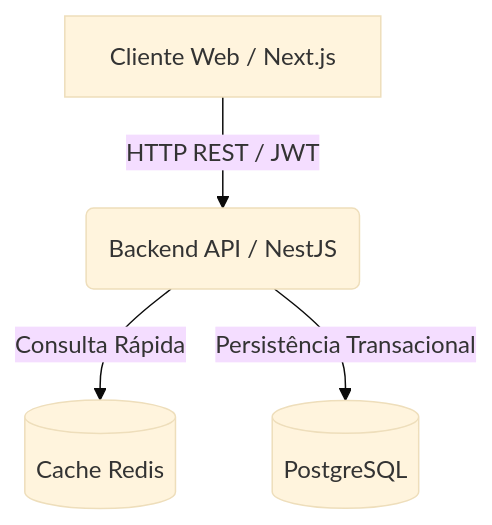
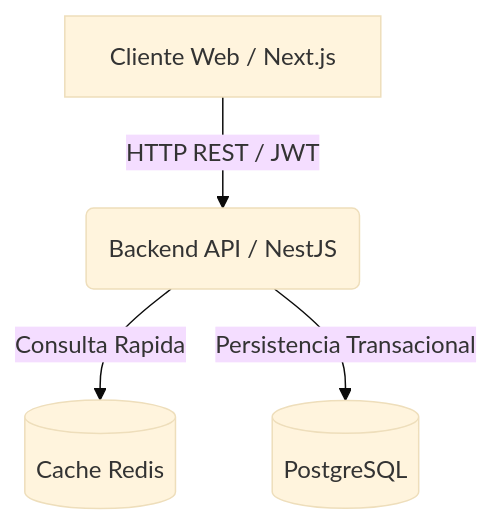
Before and after one commit to gabriellqv/stocksnap: the first of 2 diagrams in README.md, drawn with Mermaid (base theme). The commit also changed other lines of this file and 8 other files, not shown here.

````diff
--- a/README.md
+++ b/README.md
@@ -47,6 +47,6 @@
 ```mermaid
 graph TD
     Client[Cliente Web / Next.js] -->|HTTP REST / JWT| API(Backend API / NestJS)
-    API -->|Consulta Rápida| Redis[(Cache Redis)]
-    API -->|Persistência Transacional| Postgres[(PostgreSQL)]
+    API -->|Consulta Rapida| Redis[(Cache Redis)]
+    API -->|Persistencia Transacional| Postgres[(PostgreSQL)]
 ```
````
